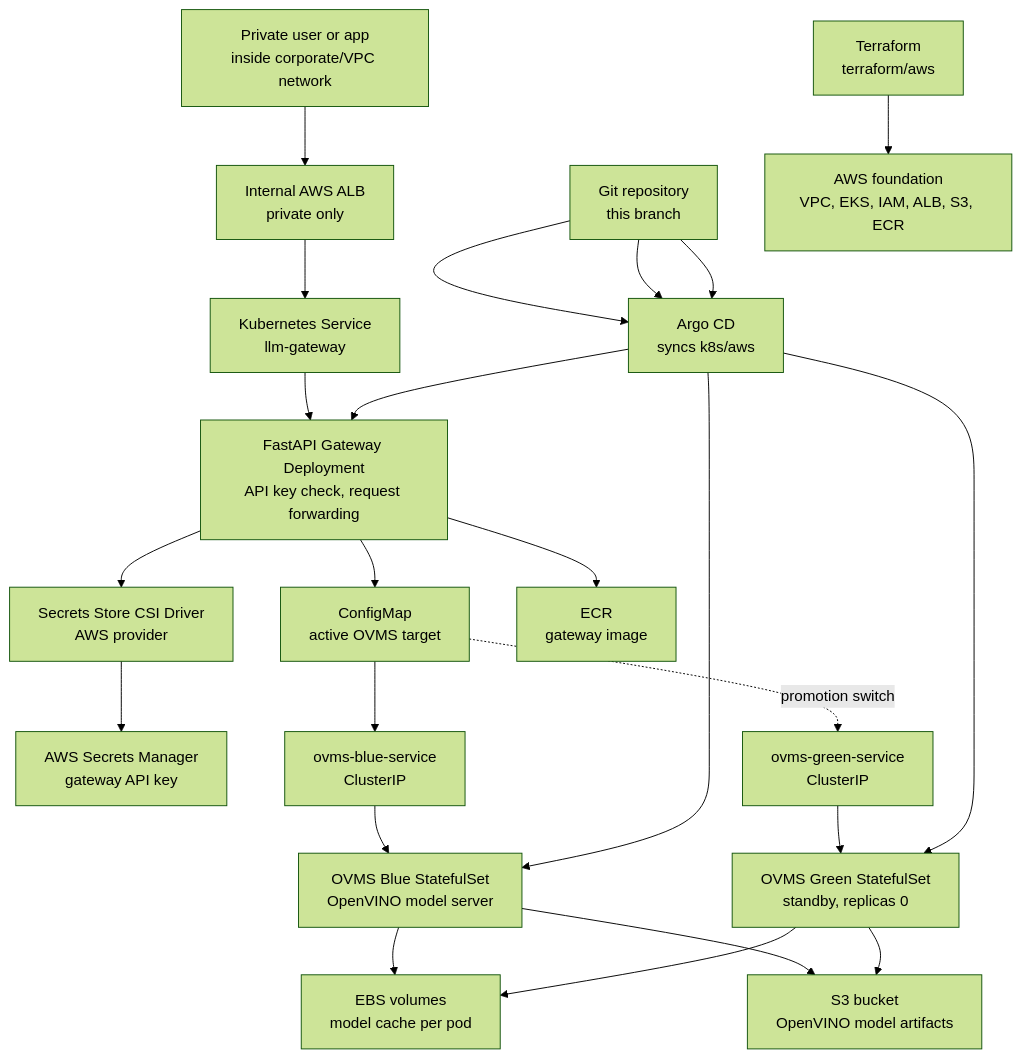
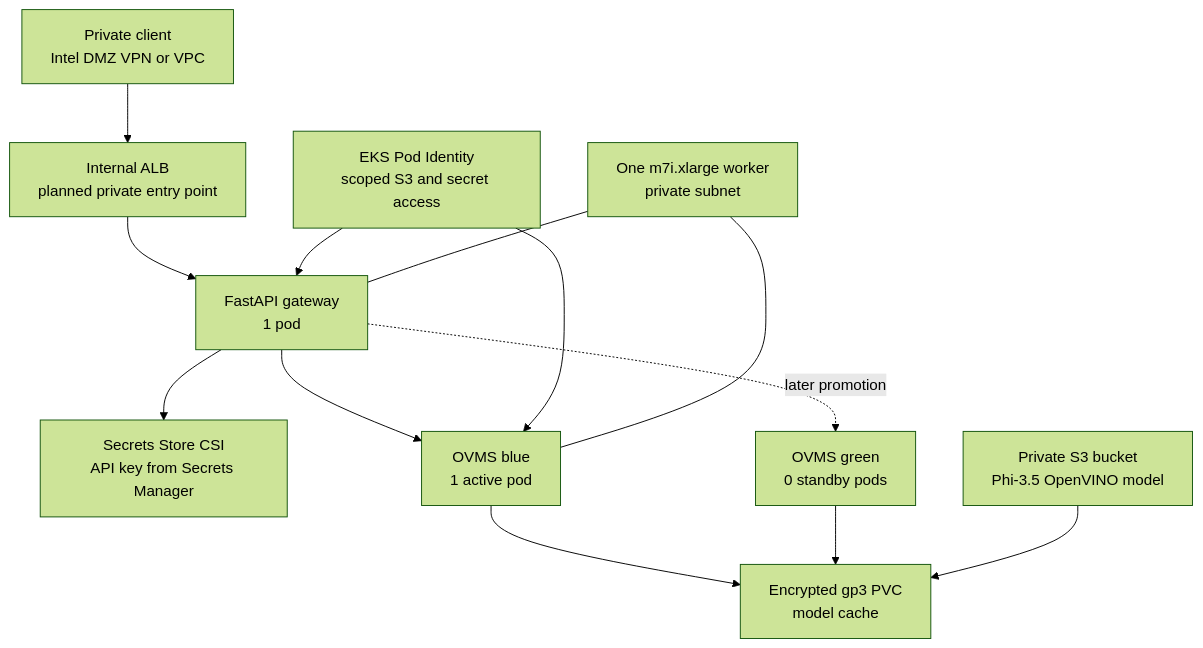
The diagram in README.md (tusharkrbarman/k8s), drawn with Mermaid (forest theme) before and after one commit. The commit also changed other lines of this file and 4 other files, not shown here.

Commit message:
Document single-node AWS deployment path

````diff
--- a/README.md
+++ b/README.md
@@ -28,38 +30,24 @@
 ```mermaid
 flowchart TB
-    User["Private user or app<br/>inside corporate/VPC network"]
-    ALB["Internal AWS ALB<br/>private only"]
-    GatewaySvc["Kubernetes Service<br/>llm-gateway"]
-    GatewayPods["FastAPI Gateway Deployment<br/>API key check, request forwarding"]
-    SecretCSI["Secrets Store CSI Driver<br/>AWS provider"]
-    SecretsManager["AWS Secrets Manager<br/>gateway API key"]
-    ConfigMap["ConfigMap<br/>active OVMS target"]
-    BlueSvc["ovms-blue-service<br/>ClusterIP"]
-    GreenSvc["ovms-green-service<br/>ClusterIP"]
-    BlueOVMS["OVMS Blue StatefulSet<br/>OpenVINO model server"]
-    GreenOVMS["OVMS Green StatefulSet<br/>standby, replicas 0"]
-    EBS["EBS volumes<br/>model cache per pod"]
-    S3["S3 bucket<br/>OpenVINO model artifacts"]
-    ECR["ECR<br/>gateway image"]
-    Argo["Argo CD<br/>syncs k8s/aws"]
-    Git["Git repository<br/>this branch"]
-    Terraform["Terraform<br/>terraform/aws"]
-    AWSInfra["AWS foundation<br/>VPC, EKS, IAM, ALB, S3, ECR"]
+    Client["Private client<br/>Intel DMZ VPN or VPC"]
+    ALB["Internal ALB<br/>planned private entry point"]
+    Gateway["FastAPI gateway<br/>1 pod"]
+    Secret["Secrets Store CSI<br/>API key from Secrets Manager"]
+    Blue["OVMS blue<br/>1 active pod"]
+    Green["OVMS green<br/>0 standby pods"]
+    PVC["Encrypted gp3 PVC<br/>model cache"]
+    S3["Private S3 bucket<br/>Phi-3.5 OpenVINO model"]
+    Identity["EKS Pod Identity<br/>scoped S3 and secret access"]
+    Worker["One m7i.xlarge worker<br/>private subnet"]
 
-    User --> ALB --> GatewaySvc --> GatewayPods
-    GatewayPods --> ConfigMap
-    GatewayPods --> SecretCSI --> SecretsManager
-    ConfigMap --> BlueSvc
-    ConfigMap -. "promotion switch" .-> GreenSvc
-    BlueSvc --> BlueOVMS
-    GreenSvc --> GreenOVMS
-    BlueOVMS --> EBS
-    GreenOVMS --> EBS
-    BlueOVMS --> S3
-    GreenOVMS --> S3
-    GatewayPods --> ECR
-    Git --> Argo --> GatewayPods
-    Git --> Argo --> BlueOVMS
-    Git --> Argo --> GreenOVMS
-    Terraform --> AWSInfra
+    Client --> ALB --> Gateway --> Blue
+    Gateway --> Secret
+    Gateway -. "later promotion" .-> Green
+    Blue --> PVC
+    Green --> PVC
+    S3 --> PVC
+    Identity --> Gateway
+    Identity --> Blue
+    Worker --- Gateway
+    Worker --- Blue
 ```
````
